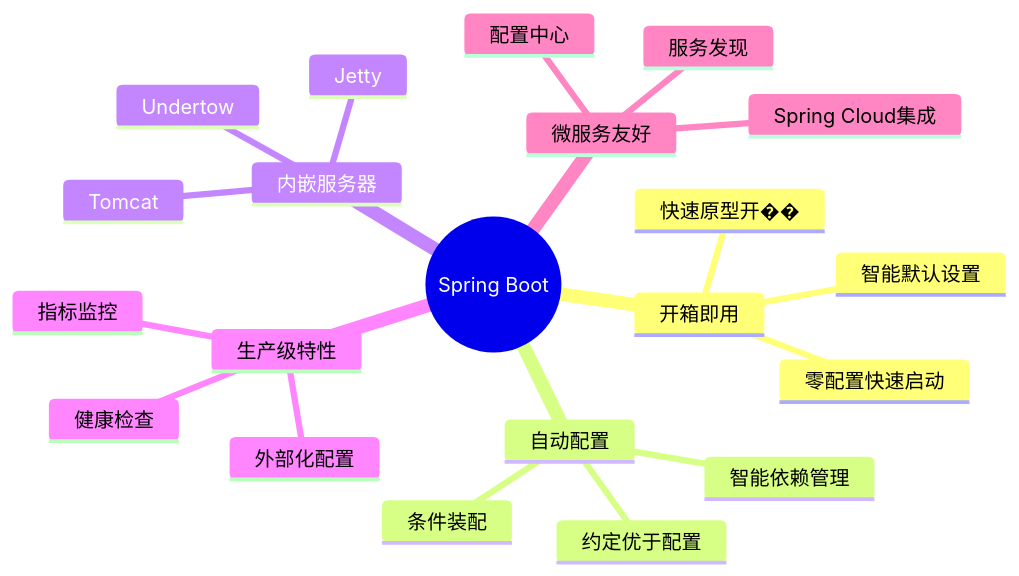
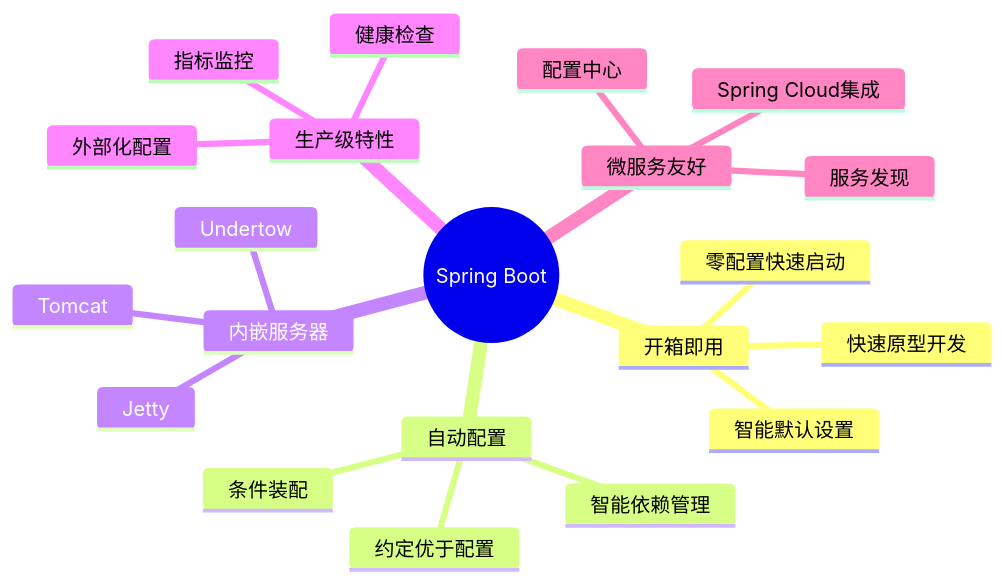
One commit to to-lib/to-lib.github.io changed the second of 2 diagrams in docs/springboot/index.md. Above: the diagram before and after it, drawn with Mermaid. The commit also changed other lines of this file and 13 other files, not shown here.

````diff
--- a/docs/springboot/index.md
+++ b/docs/springboot/index.md
@@ -98,24 +99,24 @@
 ```mermaid
 mindmap
   root((Spring Boot))
     开箱即用
       零配置快速启动
       智能默认设置
-      快速原型开��
+      快速原型开发
     自动配置
       条件装配
       智能依赖管理
       约定优于配置
     内嵌服务器
       Tomcat
       Jetty
       Undertow
     生产级特性
       健康检查
       指标监控
       外部化配置
     微服务友好
       Spring Cloud集成
       服务发现
       配置中心
 ```
````
